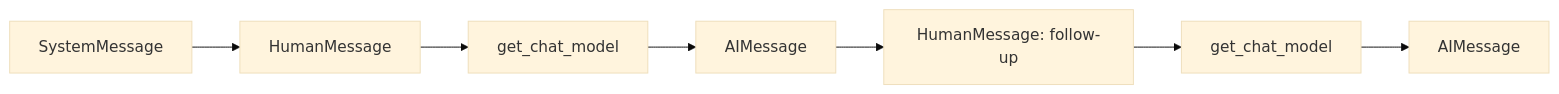
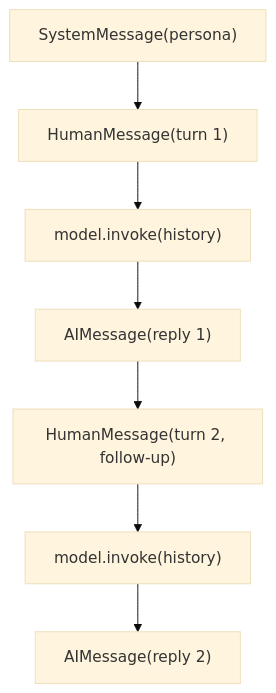
The first of 2 diagrams in src/15_chat_models/README.md (xergioalex/agent-lab), drawn with Mermaid (base theme) before and after one commit. The commit also changed other lines of this file and 64 other files, not shown here.

First line of the commit message:
docs(docs): premium Mermaid diagram pass on all 64 module READMEs

````diff
--- a/src/15_chat_models/README.md
+++ b/src/15_chat_models/README.md
@@ -51,9 +55,9 @@
 ```mermaid
-graph LR
-    S[SystemMessage] --> H1[HumanMessage]
-    H1 --> M[get_chat_model]
-    M --> A1[AIMessage]
-    A1 --> H2[HumanMessage: follow-up]
-    H2 --> M2[get_chat_model]
-    M2 --> A2[AIMessage]
+flowchart TD
+    S["SystemMessage(persona)"] --> H1["HumanMessage(turn 1)"]
+    H1 --> M1["model.invoke(history)"]
+    M1 --> A1["AIMessage(reply 1)"]
+    A1 --> H2["HumanMessage(turn 2, follow-up)"]
+    H2 --> M2["model.invoke(history)"]
+    M2 --> A2["AIMessage(reply 2)"]
 ```
````
